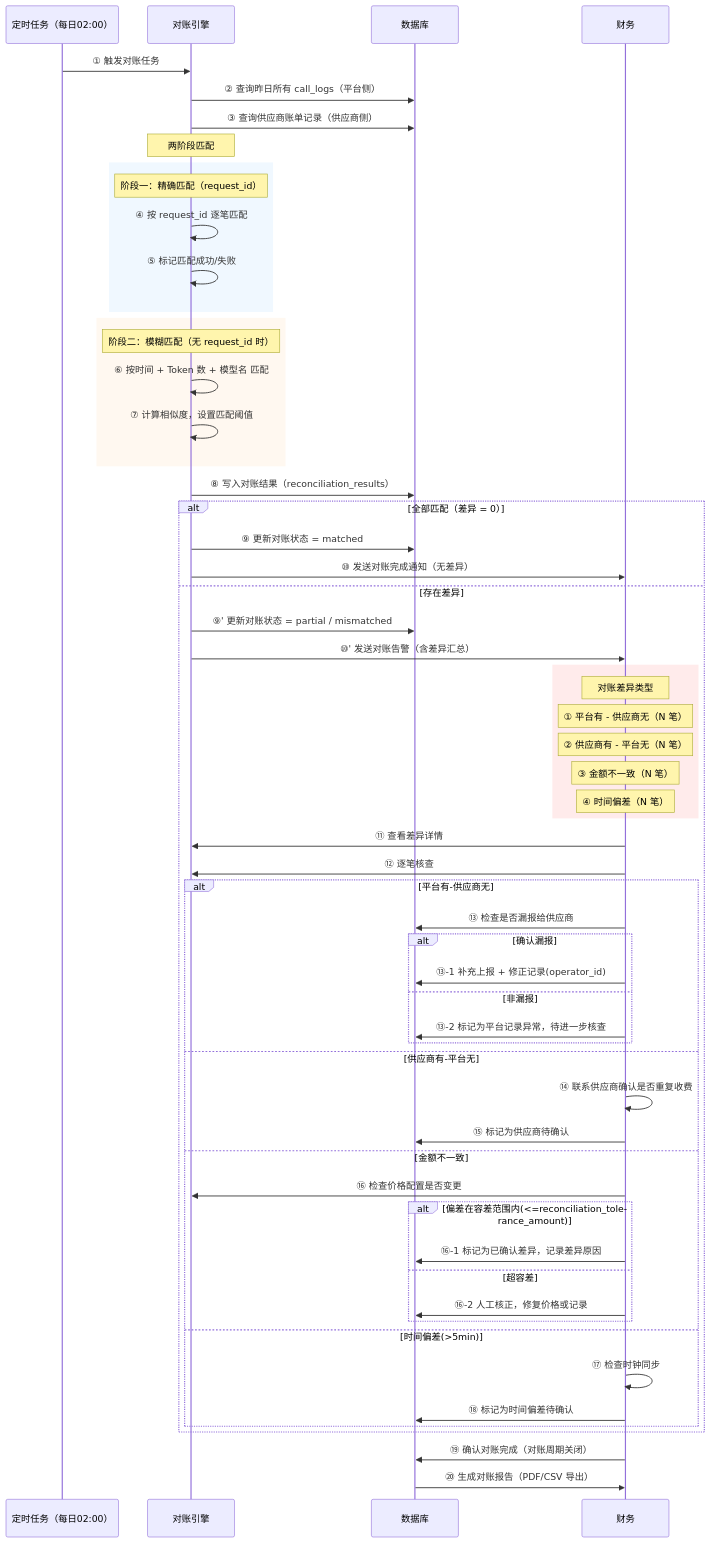
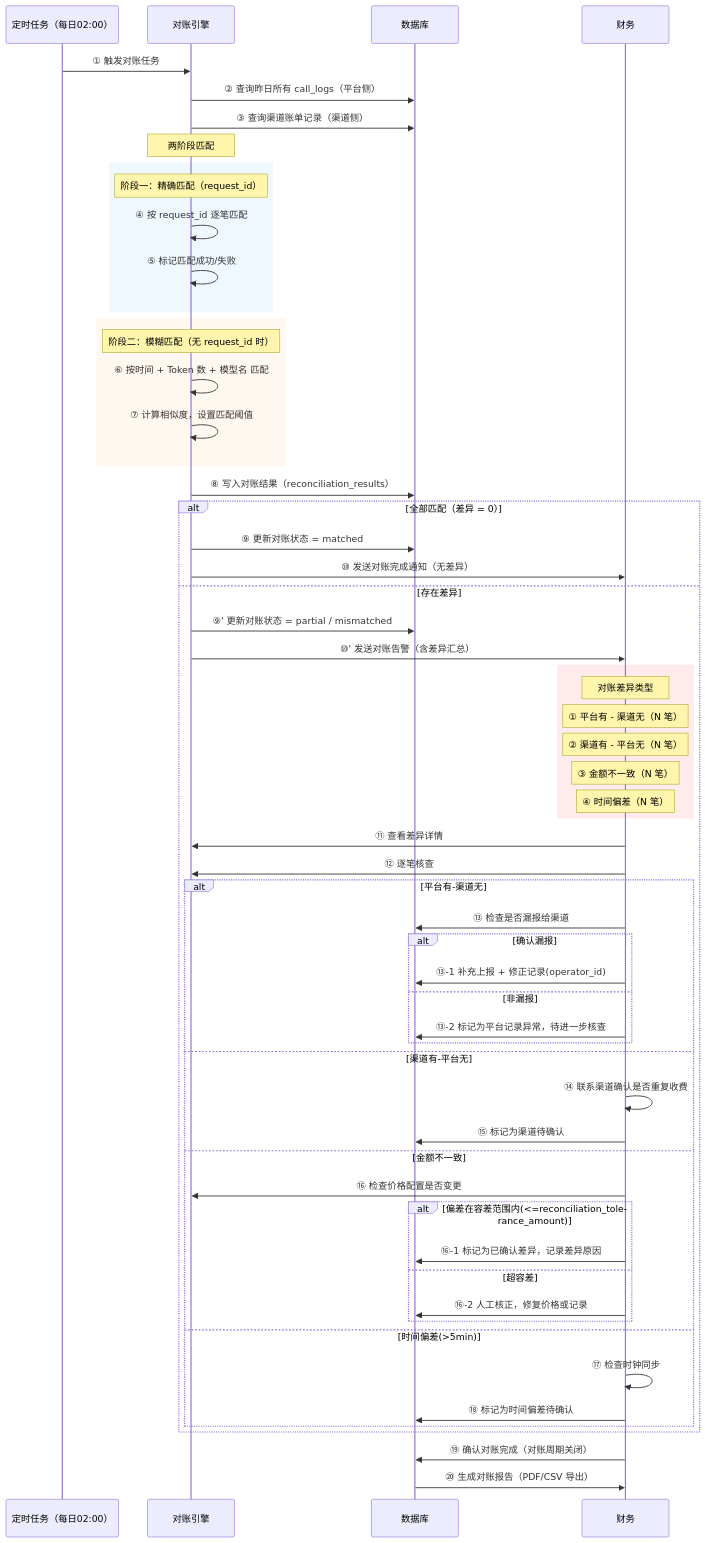
The diagram in docs/flowcharts/05-auto-reconciliation.md (k19008800/3c), drawn with Mermaid before and after one commit. The commit also changed other lines of this file and 616 other files, not shown here.

````diff
--- a/docs/flowcharts/05-auto-reconciliation.md
+++ b/docs/flowcharts/05-auto-reconciliation.md
@@ -7,72 +7,72 @@
 ```mermaid
 sequenceDiagram
     participant T as 定时任务（每日02:00）
     participant E as 对账引擎
     participant D as 数据库
     participant F as 财务
 
     T->>E: ① 触发对账任务
 
     E->>D: ② 查询昨日所有 call_logs（平台侧）
-    E->>D: ③ 查询供应商账单记录（供应商侧）
+    E->>D: ③ 查询渠道账单记录（渠道侧）
 
     Note over E: 两阶段匹配
 
     rect rgb(240, 248, 255)
         Note over E: 阶段一：精确匹配（request_id）
         E->>E: ④ 按 request_id 逐笔匹配
         E->>E: ⑤ 标记匹配成功/失败
     end
 
     rect rgb(255, 248, 240)
         Note over E: 阶段二：模糊匹配（无 request_id 时）
         E->>E: ⑥ 按时间 + Token 数 + 模型名 匹配
         E->>E: ⑦ 计算相似度，设置匹配阈值
     end
 
     E->>D: ⑧ 写入对账结果（reconciliation_results）
 
     alt 全部匹配（差异 = 0）
         E->>D: ⑨ 更新对账状态 = matched
         E->>F: ⑩ 发送对账完成通知（无差异）
     else 存在差异
         E->>D: ⑨' 更新对账状态 = partial / mismatched
         E->>F: ⑩' 发送对账告警（含差异汇总）
 
         rect rgb(255, 235, 235)
             Note over F: 对账差异类型
-            Note over F: ① 平台有 - 供应商无（N 笔）
-            Note over F: ② 供应商有 - 平台无（N 笔）
+            Note over F: ① 平台有 - 渠道无（N 笔）
+            Note over F: ② 渠道有 - 平台无（N 笔）
             Note over F: ③ 金额不一致（N 笔）
             Note over F: ④ 时间偏差（N 笔）
         end
 
         F->>E: ⑪ 查看差异详情
         F->>E: ⑫ 逐笔核查
 
-        alt 平台有-供应商无
-            F->>D: ⑬ 检查是否漏报给供应商
+        alt 平台有-渠道无
+            F->>D: ⑬ 检查是否漏报给渠道
             alt 确认漏报
                 F->>D: ⑬-1 补充上报 + 修正记录(operator_id)
             else 非漏报
                 F->>D: ⑬-2 标记为平台记录异常，待进一步核查
             end
-        else 供应商有-平台无
-            F->>F: ⑭ 联系供应商确认是否重复收费
-            F->>D: ⑮ 标记为供应商待确认
+        else 渠道有-平台无
+            F->>F: ⑭ 联系渠道确认是否重复收费
+            F->>D: ⑮ 标记为渠道待确认
         else 金额不一致
             F->>E: ⑯ 检查价格配置是否变更
             alt 偏差在容差范围内(<=reconciliation_tolerance_amount)
                 F->>D: ⑯-1 标记为已确认差异，记录差异原因
             else 超容差
                 F->>D: ⑯-2 人工核正，修复价格或记录
             end
         else 时间偏差(>5min)
             F->>F: ⑰ 检查时钟同步
             F->>D: ⑱ 标记为时间偏差待确认
         end
     end
 
     F->>D: ⑲ 确认对账完成（对账周期关闭）
     D->>F: ⑳ 生成对账报告（PDF/CSV 导出）
 ```
````
